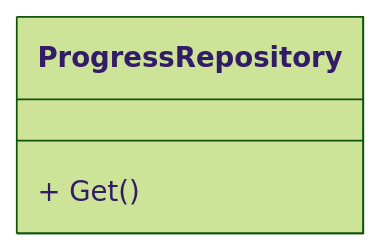
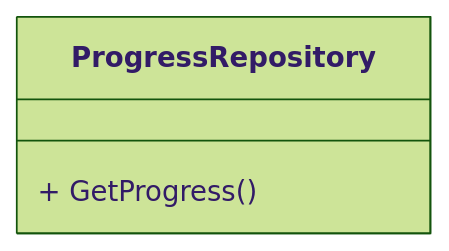
One commit to MrWangpeilin945/FlutterIOS changed the ninth of 10 diagrams in Documents/API設計書/src/docs/6_リポジトリ.adoc. Above: the diagram before and after it, drawn with Mermaid (forest theme). The commit also changed other lines of this file and 1 other file, not shown here.

Commit message:
API設計書 ユースケースとリポジトリのクラス図を更新

```diff
--- a/Documents/API設計書/src/docs/6_リポジトリ.adoc
+++ b/Documents/API設計書/src/docs/6_リポジトリ.adoc
@@ -89,7 +91,7 @@
 [mermaid,Progress-r-cd,png]
 ----
 classDiagram
 class ProgressRepository {
-  + Get()
+  + GetProgress()
 }
 ----
```
